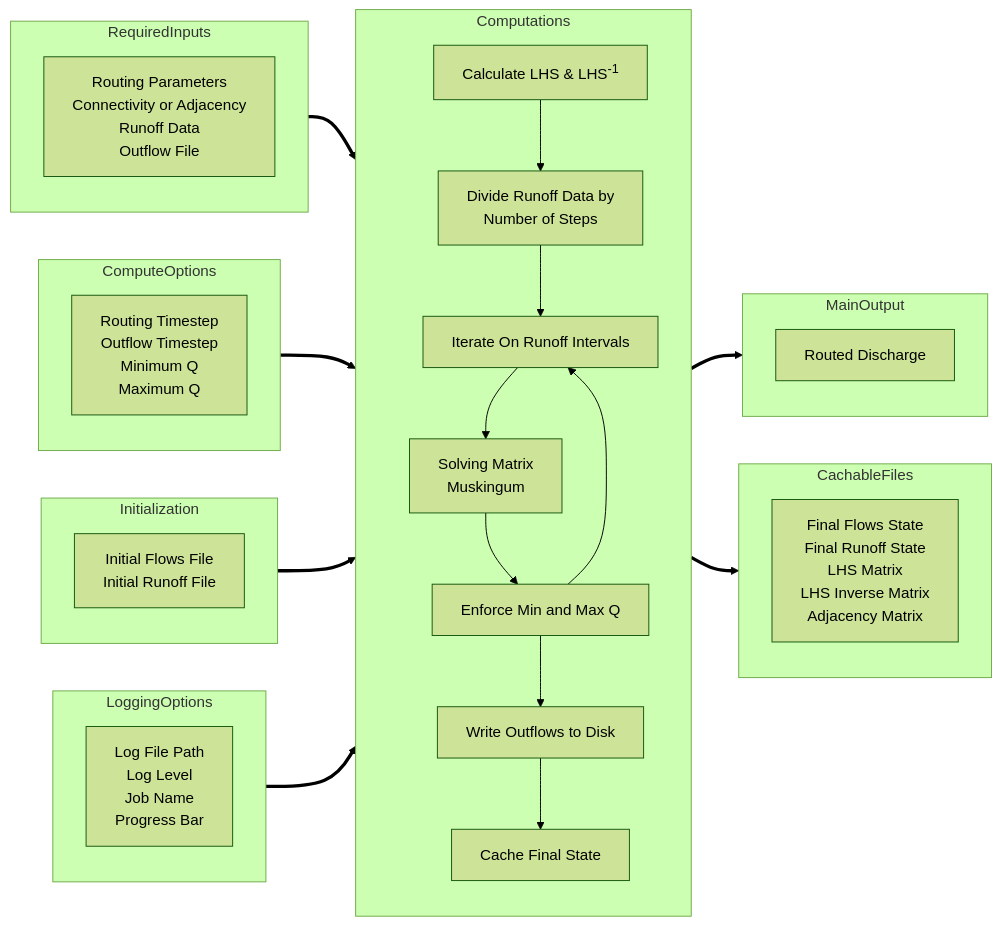
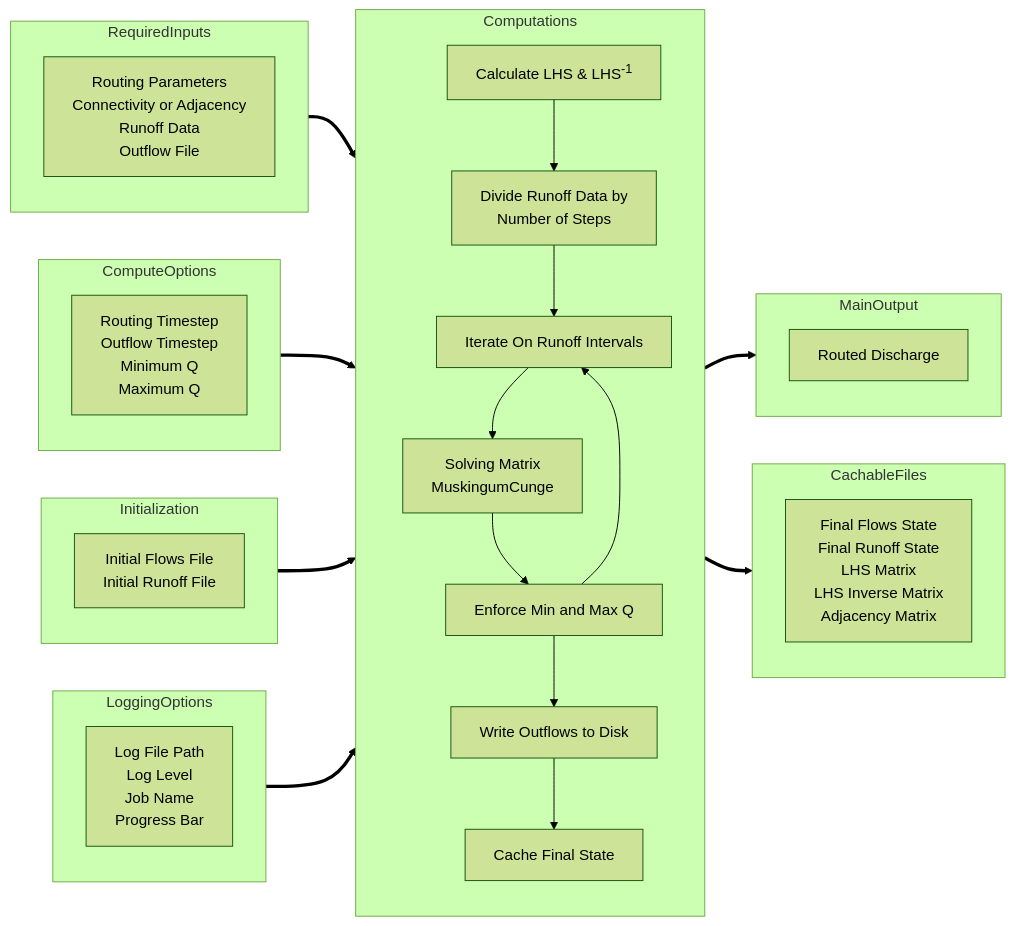
One commit to rileyhales/river-route changed the diagram in README.md. Above: the diagram before and after it, drawn with Mermaid (forest theme). The commit also changed other lines of this file and 12 other files, not shown here.

````diff
--- a/README.md
+++ b/README.md
@@ -102,43 +102,43 @@
 ```mermaid
 ---
 Title: River Route Process Diagram
 ---
 graph LR
     subgraph "RequiredInputs"
         Inputs["Routing Parameters \n Connectivity or Adjacency \n Runoff Data \n Outflow File"]
     end
 
     subgraph "ComputeOptions"
         co1["Routing Timestep \n Outflow Timestep \n Minimum Q \n Maximum Q"]
     end
 
     subgraph "Initialization"
         i1["Initial Flows File \n Initial Runoff File"]
     end
 
     subgraph "LoggingOptions"
         management["Log File Path \n Log Level \n Job Name \n Progress Bar"]
     end
 
     subgraph "Computations"
         direction TB
         a[Calculate LHS & LHS<sup>-1</sup>] --> b
         b[Divide Runoff Data by \n Number of Steps] --> c
         c[Iterate On Runoff Intervals] --> d
-        d[Solving Matrix \n Muskingum] --> e
+        d[Solving Matrix \n MuskingumCunge] --> e
         e[Enforce Min and Max Q] --> f & c
         f[Write Outflows to Disk] --> g
         g[Cache Final State]
     end
 
     subgraph "MainOutput"
         Result[Routed Discharge]
     end
 
     subgraph "CachableFiles"
         CachedFiles["Final Flows State \n Final Runoff State \n LHS Matrix \n LHS Inverse Matrix \n Adjacency Matrix"]
     end
 
     RequiredInputs & ComputeOptions & Initialization & LoggingOptions ==> Computations
     Computations ==> MainOutput & CachableFiles
 ```
````
